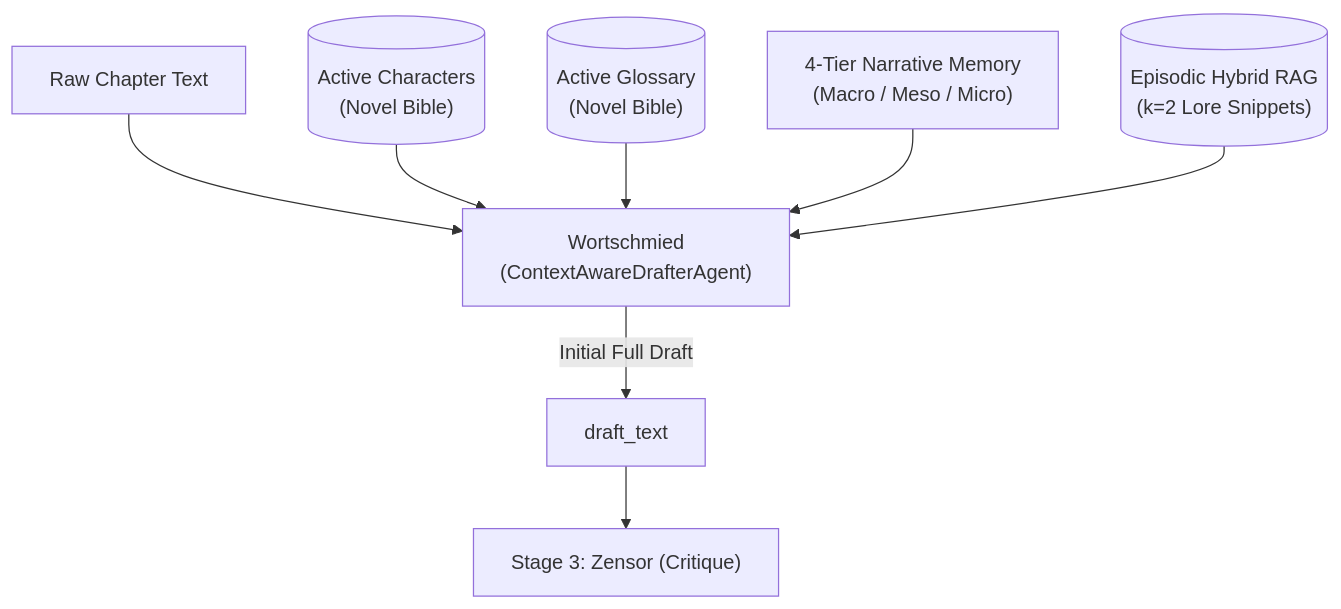
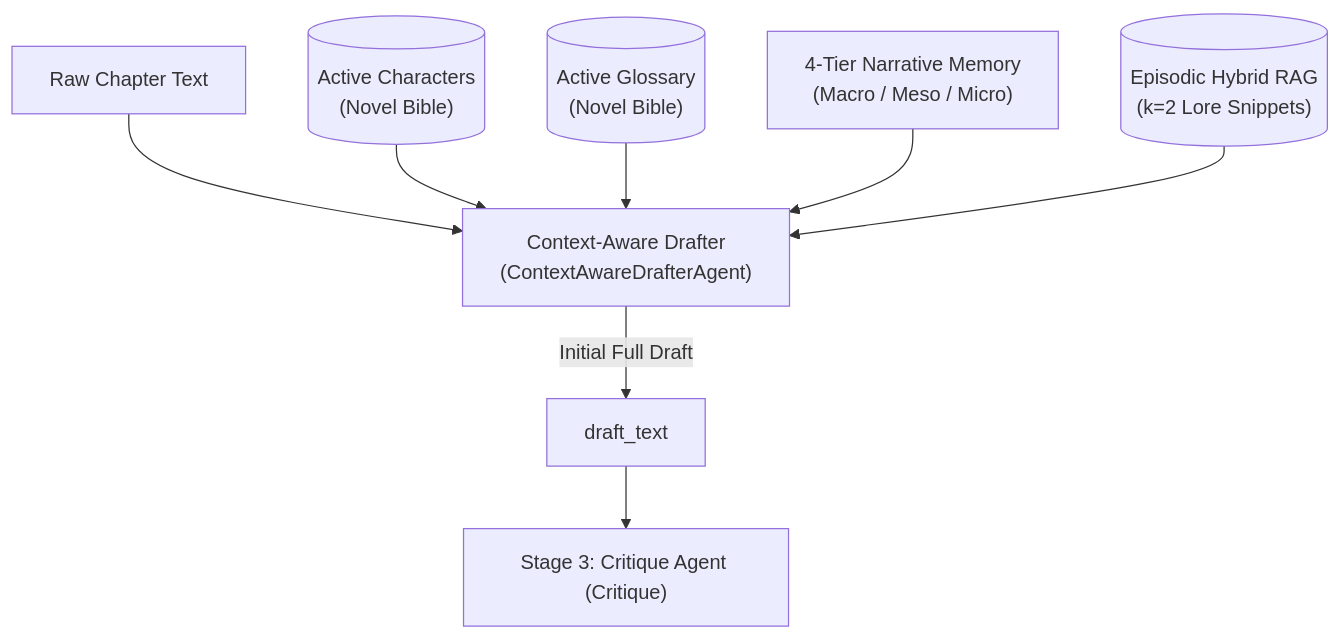
One commit to Checkmartyr/NouSetsu changed the diagram in doc/agents/02_drafter.md. Above: the diagram before and after it, drawn with Mermaid. The commit also changed other lines of this file and 29 other files, not shown here.

````diff
--- a/doc/agents/02_drafter.md
+++ b/doc/agents/02_drafter.md
@@ -21,10 +21,10 @@
 ```mermaid
 graph TD
-    RAW["Raw Chapter Text"] --> DRAFT["Wortschmied<br>(ContextAwareDrafterAgent)"]
+    RAW["Raw Chapter Text"] --> DRAFT["Context-Aware Drafter<br>(ContextAwareDrafterAgent)"]
     ROSTER[("Active Characters<br>(Novel Bible)")] --> DRAFT
     GLOSS[("Active Glossary<br>(Novel Bible)")] --> DRAFT
     MEM["4-Tier Narrative Memory<br>(Macro / Meso / Micro)"] --> DRAFT
     RAG[("Episodic Hybrid RAG<br>(k=2 Lore Snippets)")] --> DRAFT
     DRAFT -->|"Initial Full Draft"| CANDIDATE["draft_text"]
-    CANDIDATE --> INSPECT["Stage 3: Zensor (Critique)"]
+    CANDIDATE --> INSPECT["Stage 3: Critique Agent (Critique)"]
 ```
````
